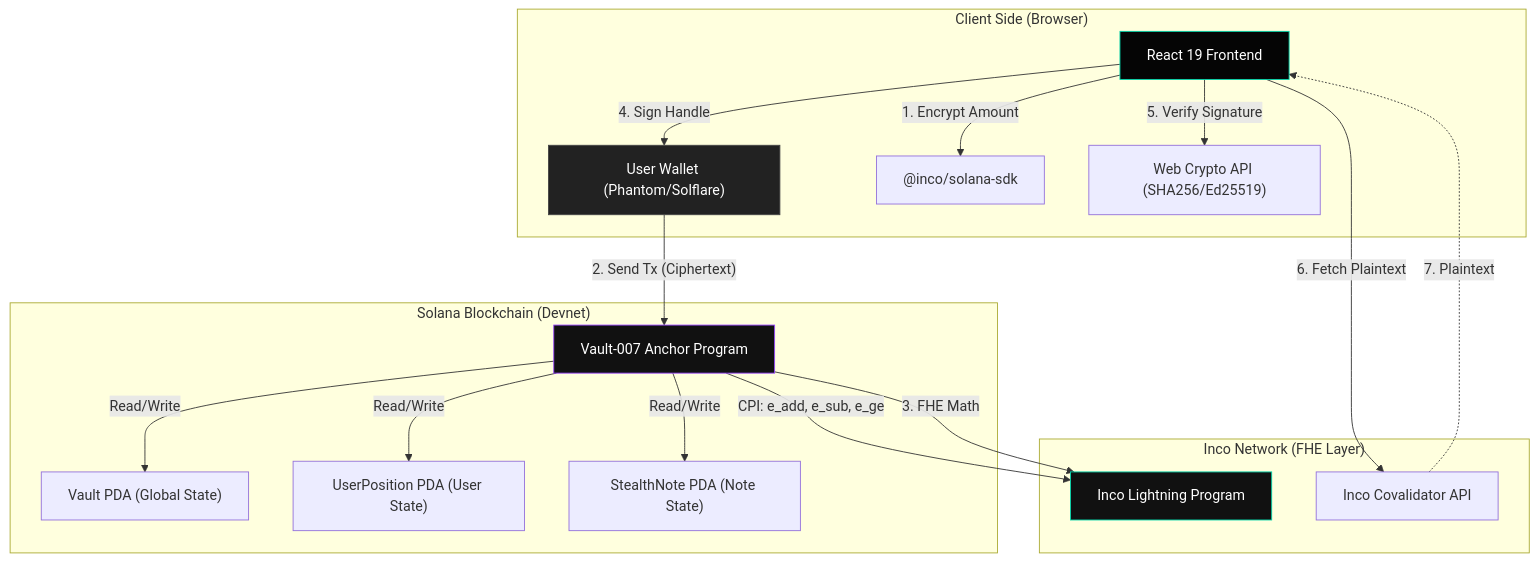
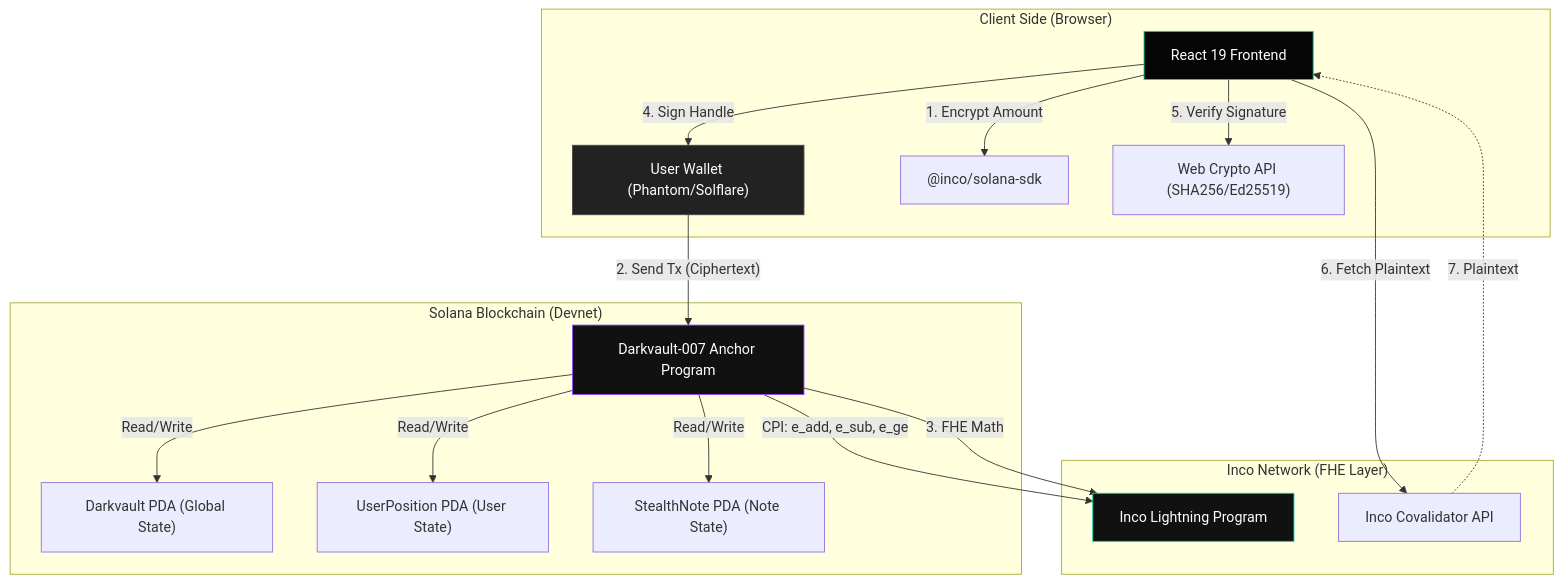
One commit to SolanicaFinance/Dark-Vault changed the diagram in ARCHITECTURE.md. Above: the diagram before and after it, drawn with Mermaid. The commit also changed other lines of this file and 8 other files, not shown here.

````diff
--- a/ARCHITECTURE.md
+++ b/ARCHITECTURE.md
@@ -3,45 +3,45 @@
 ```mermaid
 graph TD
     subgraph Client ["Client Side (Browser)"]
         User["User Wallet (Phantom/Solflare)"]
         Frontend["React 19 Frontend"]
         IncoSDK["@inco/solana-sdk"]
         BrowserCrypto["Web Crypto API (SHA256/Ed25519)"]
         
         Frontend -->|"1. Encrypt Amount"| IncoSDK
         Frontend -->|"4. Sign Handle"| User
         Frontend -->|"5. Verify Signature"| BrowserCrypto
     end
 
     subgraph Solana ["Solana Blockchain (Devnet)"]
-        Program["Vault-007 Anchor Program"]
-        VaultPDA["Vault PDA (Global State)"]
+        Program["Darkvault-007 Anchor Program"]
+        DarkvaultPDA["Darkvault PDA (Global State)"]
         UserPDA["UserPosition PDA (User State)"]
         NotePDA["StealthNote PDA (Note State)"]
         
-        Program -->|"Read/Write"| VaultPDA
+        Program -->|"Read/Write"| DarkvaultPDA
         Program -->|"Read/Write"| UserPDA
         Program -->|"Read/Write"| NotePDA
     end
 
     subgraph Inco ["Inco Network (FHE Layer)"]
         IncoProgram["Inco Lightning Program"]
         Covalidator["Inco Covalidator API"]
         
         Program -->|"CPI: e_add, e_sub, e_ge"| IncoProgram
         Frontend -->|"6. Fetch Plaintext"| Covalidator
     end
 
     %% Flow: Deposit
     User -->|"2. Send Tx (Ciphertext)"| Program
     Program -->|"3. FHE Math"| IncoProgram
     
     %% Flow: Decrypt
     Covalidator -.->|"7. Plaintext"| Frontend
 
     %% Styling
     style User fill:#222,stroke:#444,color:#fff
     style Frontend fill:#050505,stroke:#00d4aa,color:#fff
     style Program fill:#111,stroke:#9945ff,color:#fff
     style IncoProgram fill:#111,stroke:#00d4aa,color:#fff
 ```
````
